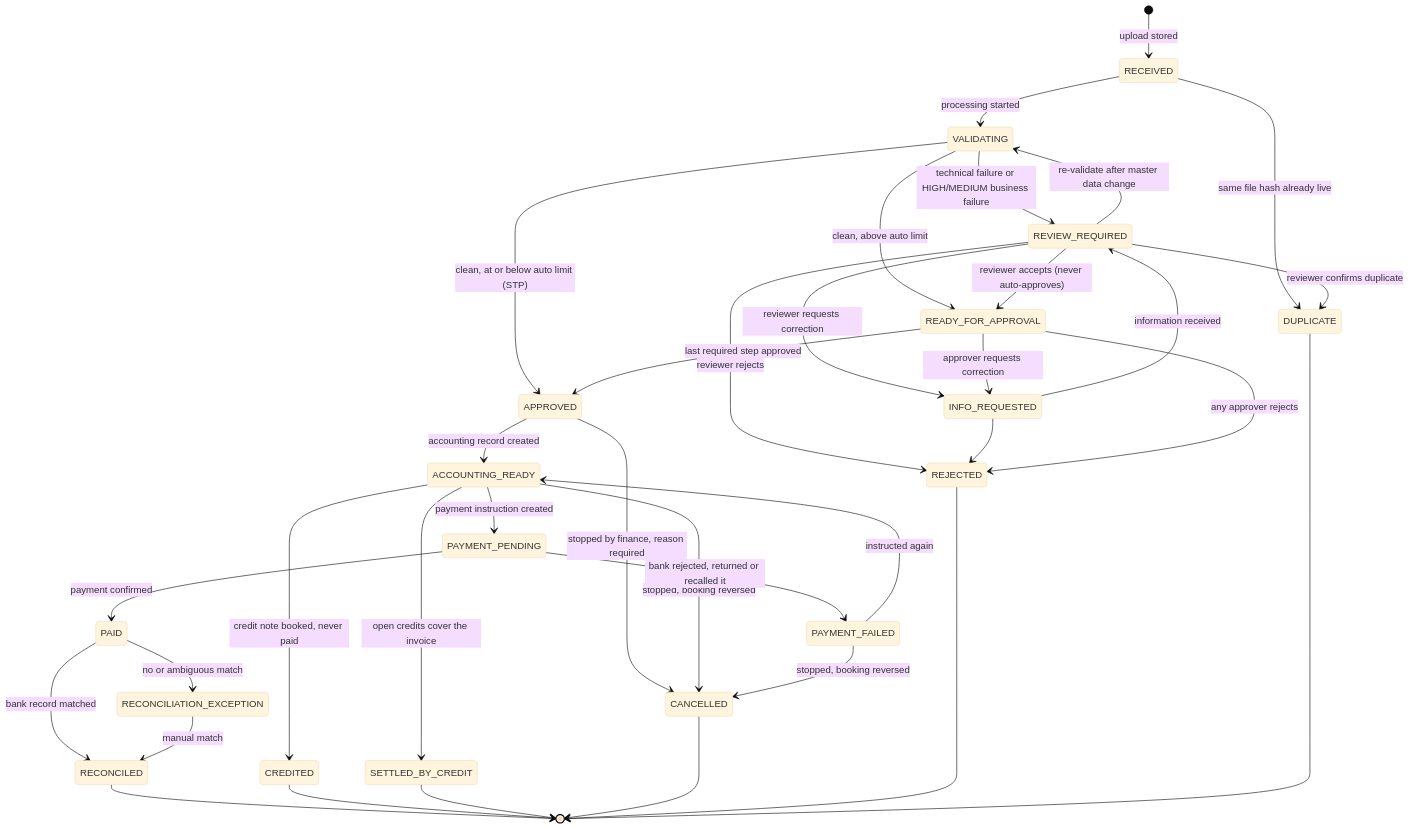
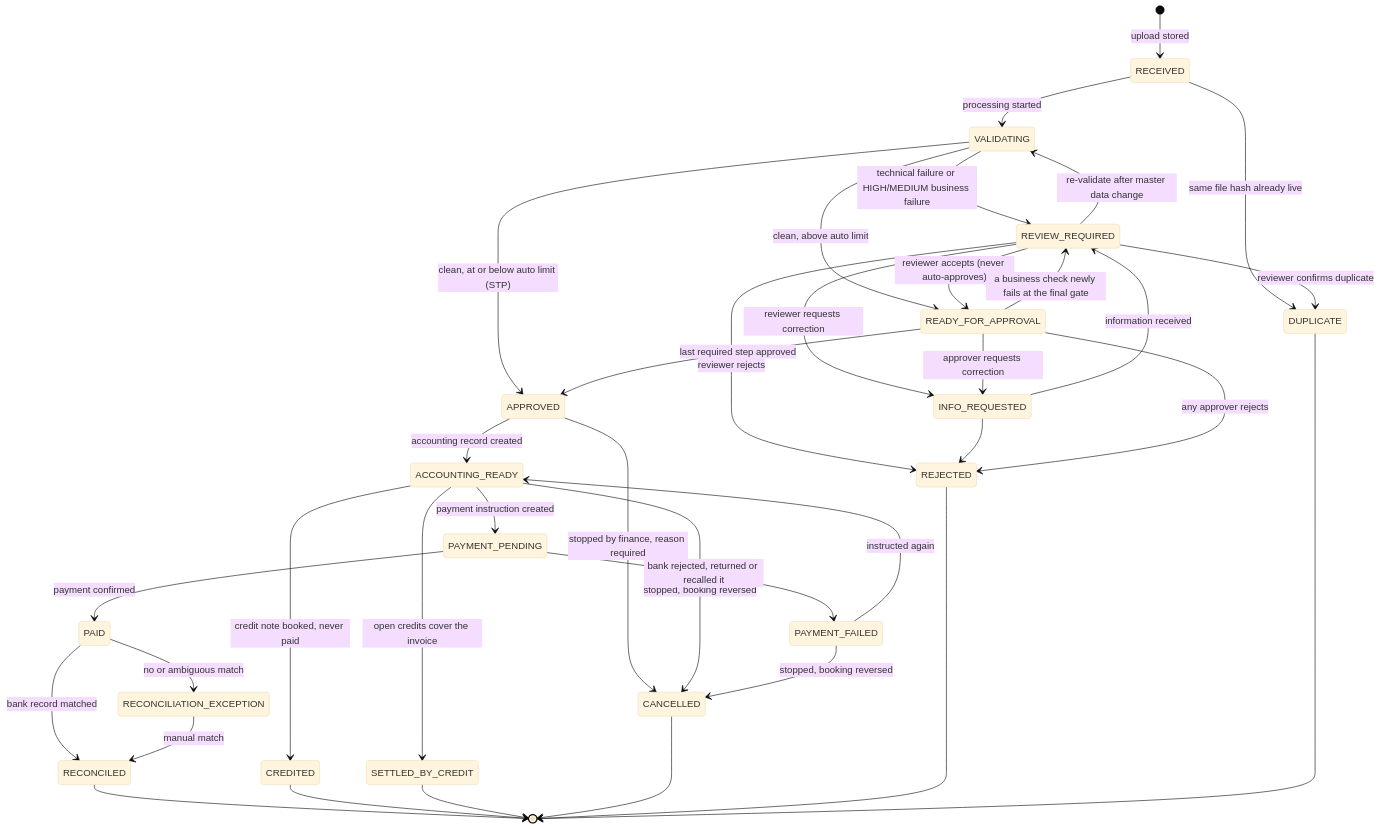
Before and after one commit to shotatsertsvadze/finance-ops-automation-de: the third of 3 diagrams in docs/ARCHITECTURE.md, drawn with Mermaid (base theme). The commit also changed other lines of this file and 4 other files, not shown here.

````diff
--- a/docs/ARCHITECTURE.md
+++ b/docs/ARCHITECTURE.md
@@ -172,38 +173,39 @@
 ```mermaid
 stateDiagram-v2
     [*] --> RECEIVED: upload stored
     RECEIVED --> DUPLICATE: same file hash already live
     RECEIVED --> VALIDATING: processing started
     VALIDATING --> REVIEW_REQUIRED: technical failure or HIGH/MEDIUM business failure
     VALIDATING --> READY_FOR_APPROVAL: clean, above auto limit
     VALIDATING --> APPROVED: clean, at or below auto limit (STP)
     REVIEW_REQUIRED --> READY_FOR_APPROVAL: reviewer accepts (never auto-approves)
     REVIEW_REQUIRED --> INFO_REQUESTED: reviewer requests correction
     REVIEW_REQUIRED --> REJECTED: reviewer rejects
     REVIEW_REQUIRED --> DUPLICATE: reviewer confirms duplicate
     REVIEW_REQUIRED --> VALIDATING: re-validate after master data change
     INFO_REQUESTED --> REVIEW_REQUIRED: information received
     INFO_REQUESTED --> REJECTED
     READY_FOR_APPROVAL --> APPROVED: last required step approved
     READY_FOR_APPROVAL --> REJECTED: any approver rejects
     READY_FOR_APPROVAL --> INFO_REQUESTED: approver requests correction
+    READY_FOR_APPROVAL --> REVIEW_REQUIRED: a business check newly fails at the final gate
     APPROVED --> ACCOUNTING_READY: accounting record created
     APPROVED --> CANCELLED: stopped by finance, reason required
     ACCOUNTING_READY --> CANCELLED: stopped, booking reversed
     ACCOUNTING_READY --> PAYMENT_PENDING: payment instruction created
     ACCOUNTING_READY --> CREDITED: credit note booked, never paid
     ACCOUNTING_READY --> SETTLED_BY_CREDIT: open credits cover the invoice
     PAYMENT_PENDING --> PAID: payment confirmed
     PAYMENT_PENDING --> PAYMENT_FAILED: bank rejected, returned or recalled it
     PAYMENT_FAILED --> ACCOUNTING_READY: instructed again
     PAYMENT_FAILED --> CANCELLED: stopped, booking reversed
     PAID --> RECONCILED: bank record matched
     PAID --> RECONCILIATION_EXCEPTION: no or ambiguous match
     RECONCILIATION_EXCEPTION --> RECONCILED: manual match
     RECONCILED --> [*]
     CREDITED --> [*]
     SETTLED_BY_CREDIT --> [*]
     CANCELLED --> [*]
     REJECTED --> [*]
     DUPLICATE --> [*]
 ```
````
